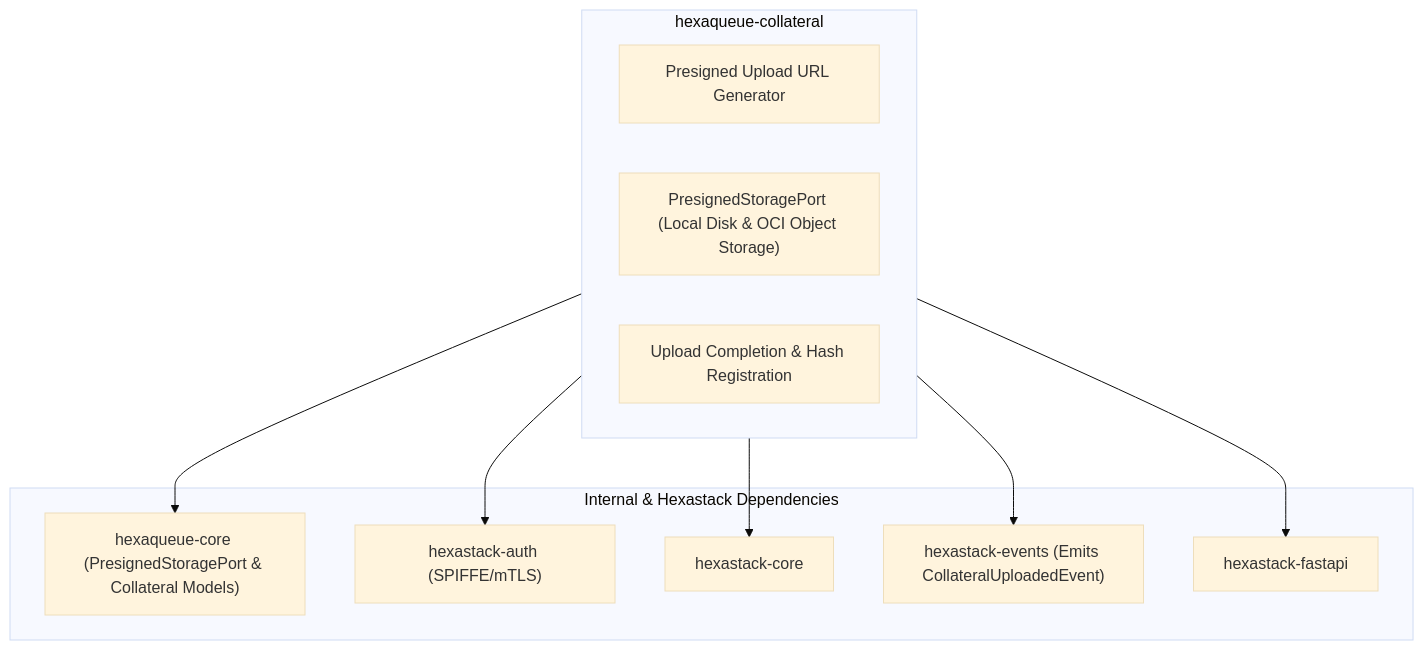
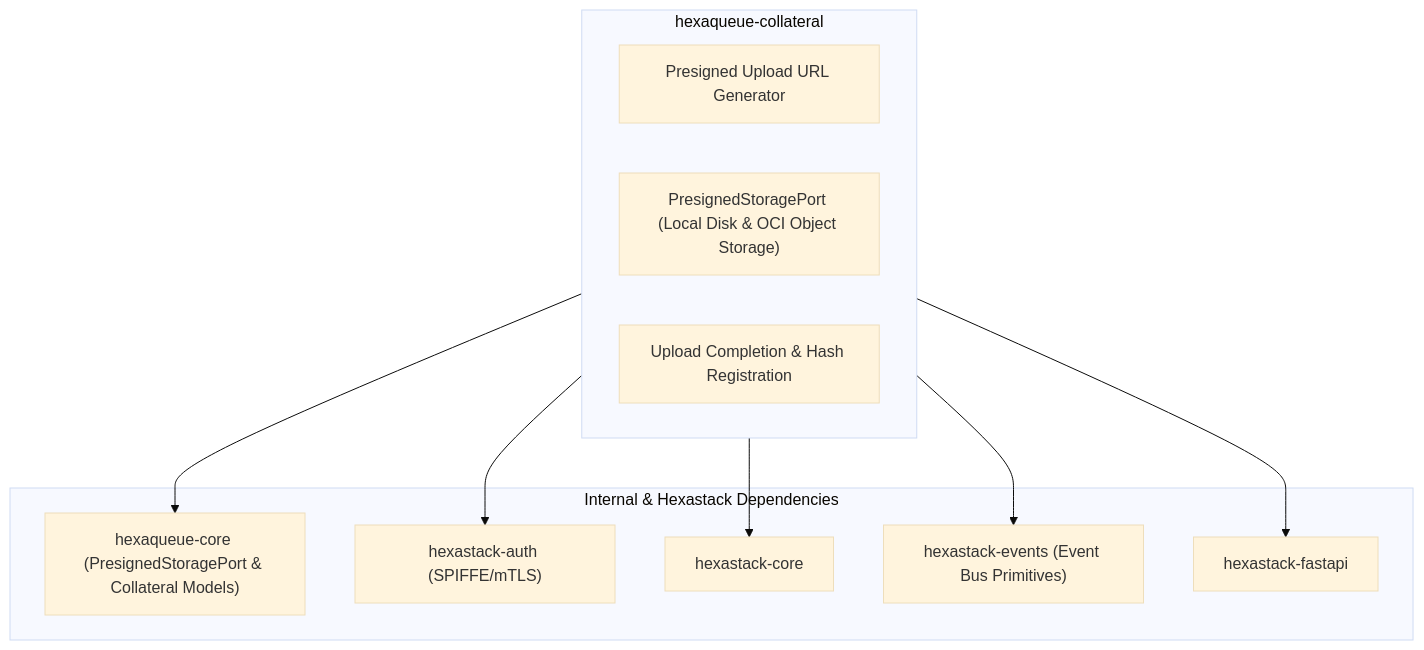
Before and after one commit to TheTrueSCU/hexaqueue: the diagram in packages/hexaqueue_collateral/README.md, drawn with Mermaid (base theme). The commit also changed other lines of this file and 32 other files, not shown here.

````diff
--- a/packages/hexaqueue_collateral/README.md
+++ b/packages/hexaqueue_collateral/README.md
@@ -20,22 +20,22 @@
 ```mermaid
 graph TD
     subgraph S1["hexaqueue-collateral"]
         URL_GEN["Presigned Upload URL Generator"]
         STORAGE["PresignedStoragePort (Local Disk & OCI Object Storage)"]
         NOTIFY["Upload Completion & Hash Registration"]
     end
 
     subgraph S2["Internal & Hexastack Dependencies"]
         HQ_CORE["hexaqueue-core (PresignedStoragePort & Collateral Models)"]
         HS_AUTH["hexastack-auth (SPIFFE/mTLS)"]
         HS_CORE["hexastack-core"]
-        HS_EVENTS["hexastack-events (Emits CollateralUploadedEvent)"]
+        HS_EVENTS["hexastack-events (Event Bus Primitives)"]
         HS_FASTAPI["hexastack-fastapi"]
     end
 
     S1 --> HQ_CORE
     S1 --> HS_AUTH
     S1 --> HS_CORE
     S1 --> HS_EVENTS
     S1 --> HS_FASTAPI
 ```
````
